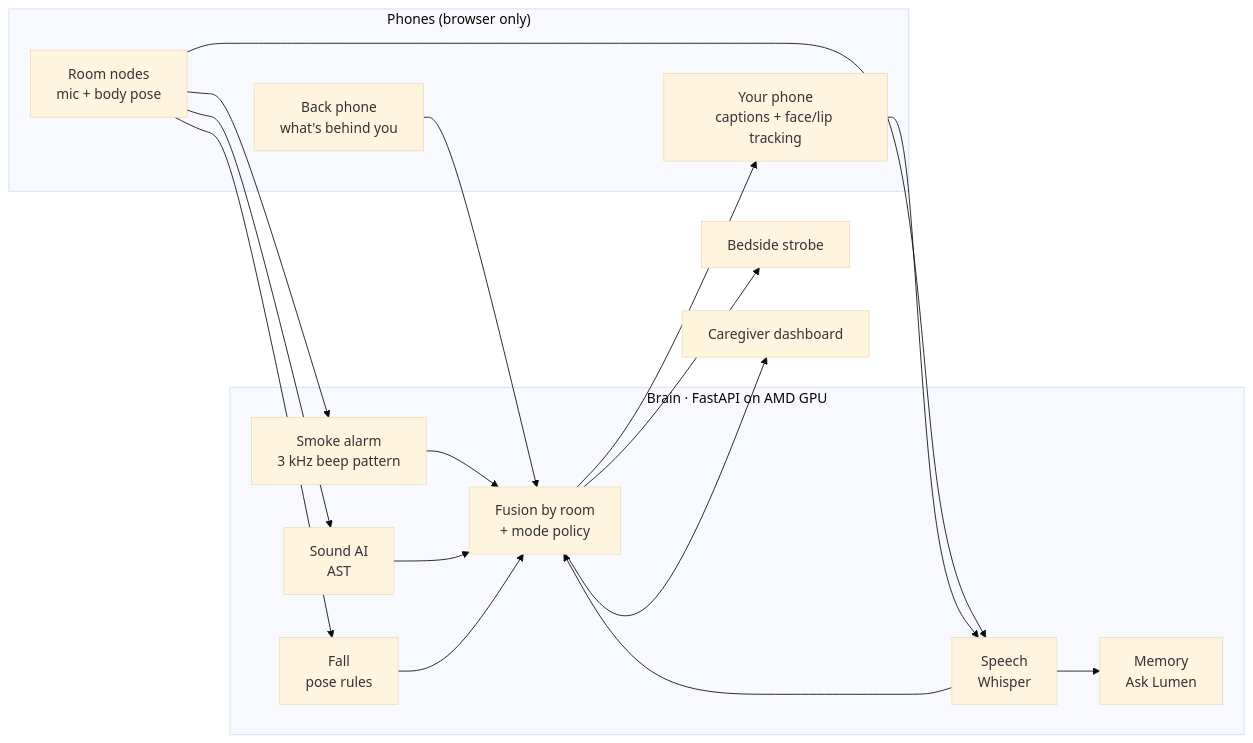
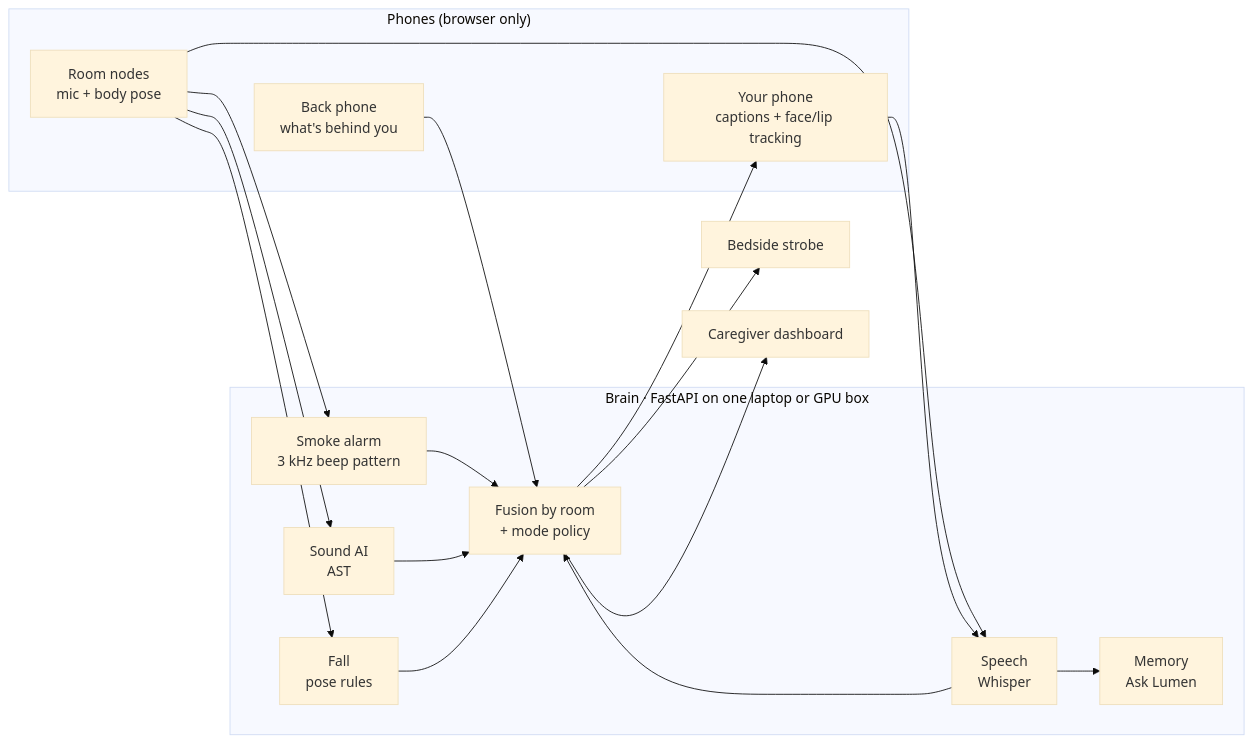
Before and after one commit to iKnow24/Aura_KnightHacks: the first of 2 diagrams in README.md, drawn with Mermaid (base theme). The commit also changed other lines of this file, not shown here.

````diff
--- a/README.md
+++ b/README.md
@@ -59,24 +59,24 @@
 ```mermaid
 flowchart LR
   subgraph Phones["Phones (browser only)"]
     N["Room nodes<br/>mic + body pose"]
     C["Your phone<br/>captions + face/lip tracking"]
     R["Back phone<br/>what's behind you"]
   end
-  subgraph Brain["Brain · FastAPI on AMD GPU"]
+  subgraph Brain["Brain · FastAPI on one laptop or GPU box"]
     D1["Smoke alarm<br/>3 kHz beep pattern"]
     D2["Sound AI<br/>AST"]
     D3["Speech<br/>Whisper"]
     D4["Fall<br/>pose rules"]
     F["Fusion by room<br/>+ mode policy"]
     M["Memory<br/>Ask Lumen"]
   end
   N --> D1 & D2 & D3 & D4
   C --> D3
   D1 & D2 & D3 & D4 --> F
   D3 --> M
   R --> F
   F --> S["Bedside strobe"]
   F --> C
   F --> DB["Caregiver dashboard"]
 ```
````
